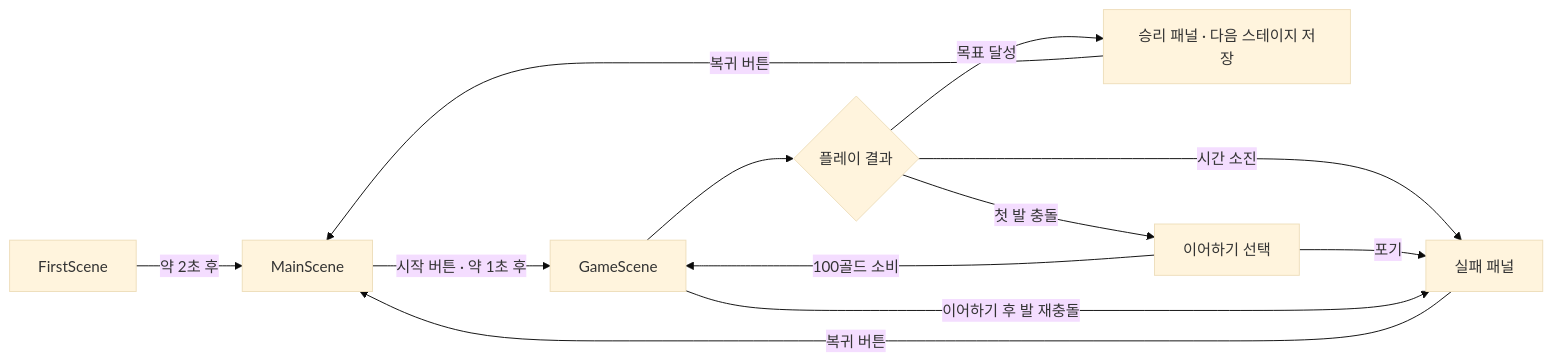
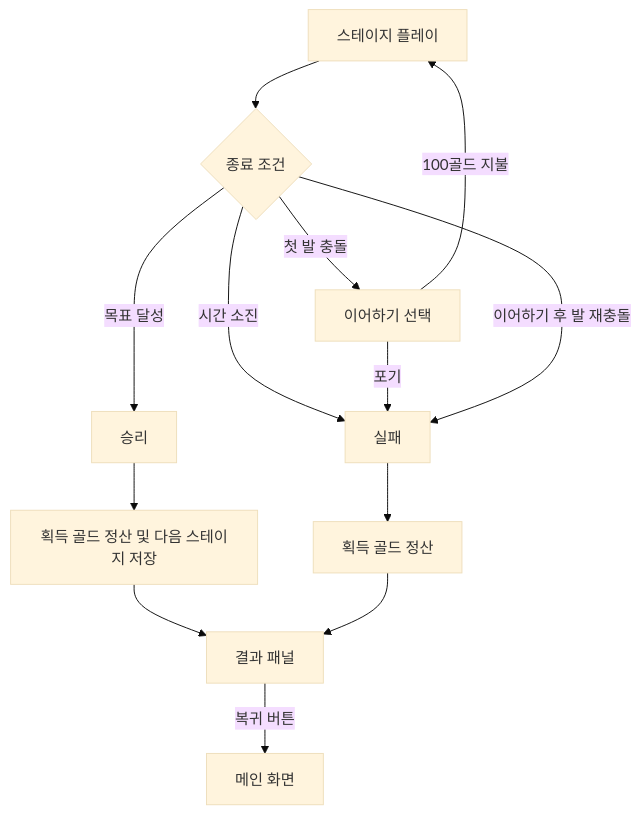
Before and after one commit to Git-JBI/Clean_It_Up: the fifth of 6 diagrams in README.md, drawn with Mermaid (base theme). The commit also changed other lines of this file, not shown here.

Commit message:
docs: reorganize portfolio implementation sections and diagrams

````diff
--- a/README.md
+++ b/README.md
@@ -48,14 +132,15 @@
 ```mermaid
-flowchart LR
-    A[FirstScene] -->|약 2초 후| B[MainScene]
-    B -->|시작 버튼 · 약 1초 후| C[GameScene]
-    C --> D{플레이 결과}
-    D -->|목표 달성| E[승리 패널 · 다음 스테이지 저장]
-    D -->|시간 소진| F[실패 패널]
-    D -->|첫 발 충돌| G[이어하기 선택]
-    G -->|100골드 소비| C
-    G -->|포기| F
-    C -->|이어하기 후 발 재충돌| F
-    E -->|복귀 버튼| B
-    F -->|복귀 버튼| B
+flowchart TD
+    A[스테이지 플레이] --> B{종료 조건}
+    B -->|목표 달성| C[승리]
+    B -->|시간 소진| D[실패]
+    B -->|첫 발 충돌| E[이어하기 선택]
+    E -->|100골드 지불| A
+    E -->|포기| D
+    B -->|이어하기 후 발 재충돌| D
+    C --> F[획득 골드 정산 및 다음 스테이지 저장]
+    D --> G[획득 골드 정산]
+    F --> H[결과 패널]
+    G --> H
+    H -->|복귀 버튼| I[메인 화면]
 ```
````
